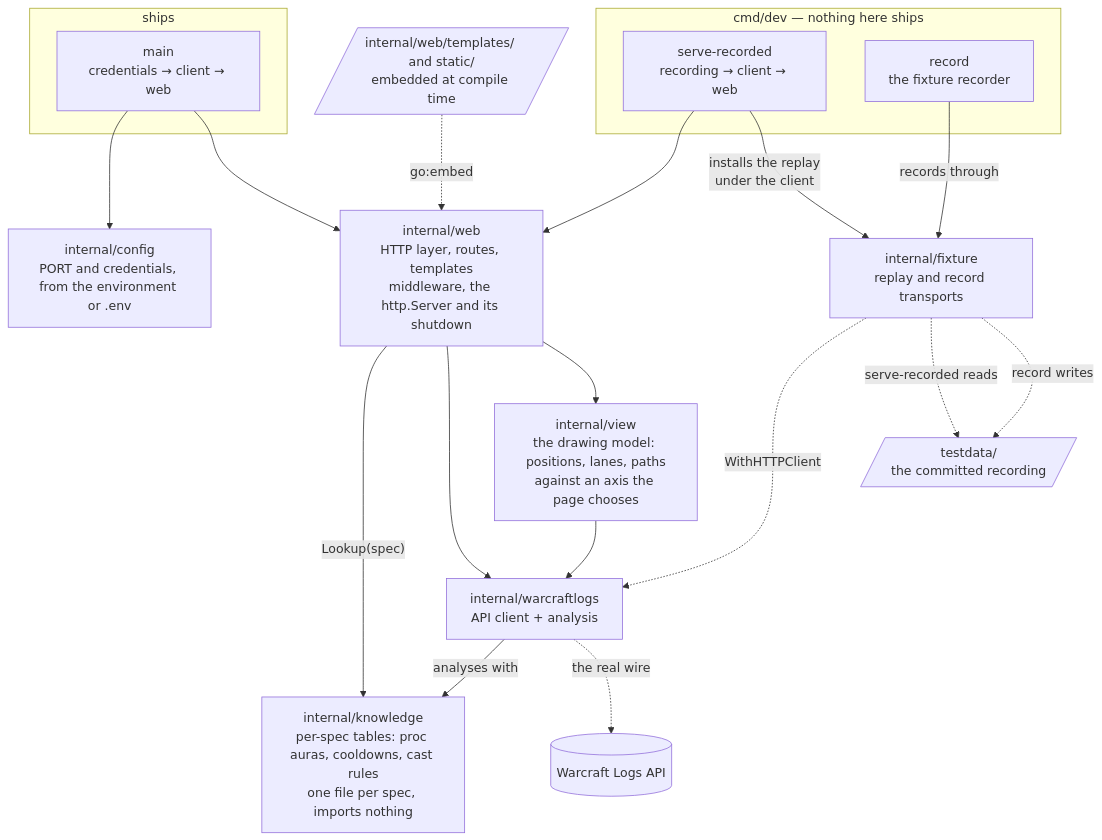
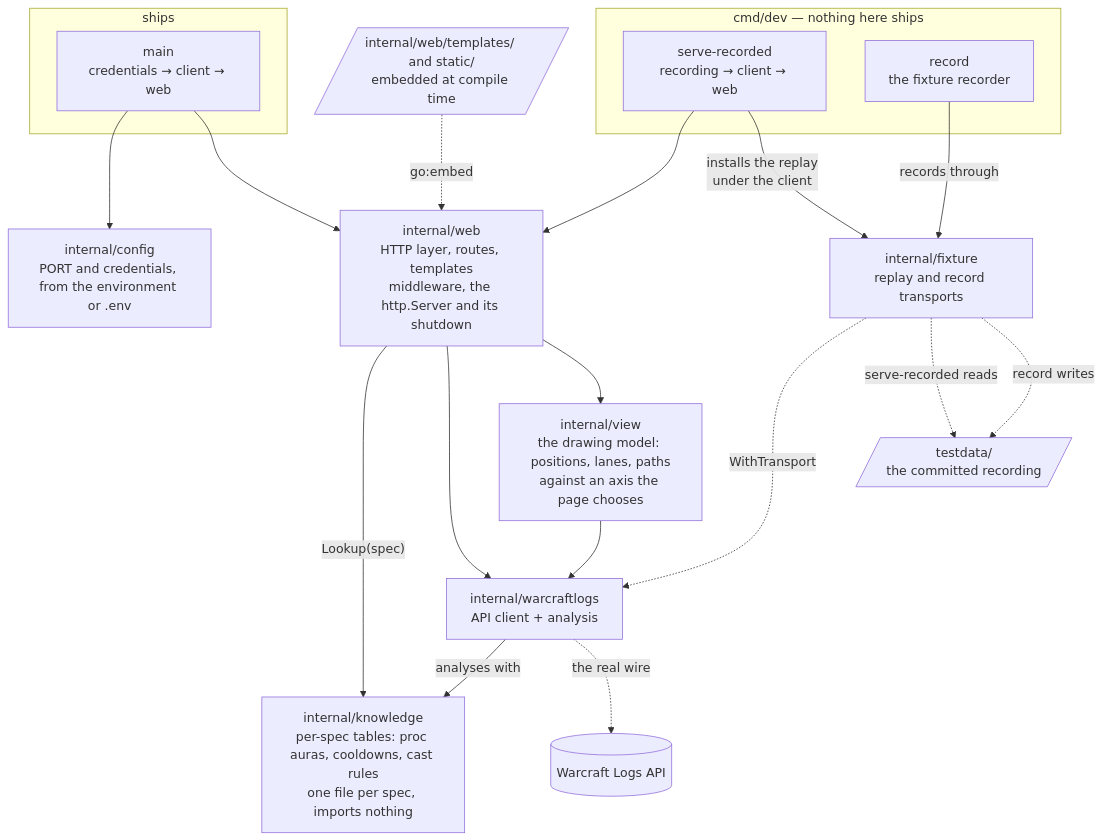
Before and after one commit to Gabriel2048/wow-insights: the second of 3 diagrams in ARCHITECTURE.md, drawn with Mermaid. The commit also changed other lines of this file and 66 other files, not shown here.

````diff
--- a/ARCHITECTURE.md
+++ b/ARCHITECTURE.md
@@ -56,45 +56,45 @@
 ```mermaid
 flowchart TB
     %% verified: package graph
     subgraph ships["ships"]
         main["main<br/>credentials → client → web"]
     end
     subgraph dev["cmd/dev — nothing here ships"]
         serve_recorded["serve-recorded<br/>recording → client → web"]
         record["record<br/>the fixture recorder"]
     end
     templates[/"internal/web/templates/ and static/<br/>embedded at compile time"/]
     web["internal/web<br/>HTTP layer, routes, templates<br/>middleware, the http.Server and its shutdown"]
     view["internal/view<br/>the drawing model: positions, lanes, paths<br/>against an axis the page chooses"]
     config["internal/config<br/>PORT and credentials, from the environment or .env"]
     fixture["internal/fixture<br/>replay and record transports"]
     warcraftlogs["internal/warcraftlogs<br/>API client + analysis"]
     knowledge["internal/knowledge<br/>per-spec tables: proc auras, cooldowns, cast rules<br/>one file per spec, imports nothing"]
     api[("Warcraft Logs API")]
     testdata[/"testdata/<br/>the committed recording"/]
 
     main --> config
     main --> web
     serve_recorded --> web
     serve_recorded -->|"installs the replay<br/>under the client"| fixture
     record -->|"records through"| fixture
     templates -.->|"go:embed"| web
     web -->|"Lookup(spec)"| knowledge
     web --> warcraftlogs
     web --> view
     view --> warcraftlogs
     warcraftlogs -->|"analyses with"| knowledge
     %% Every binary also builds the client (warcraftlogs.New) and reads its
     %% configuration. Real, verified, and not drawn: the labels say it and
     %% the lines would only cross what matters.
     %% main --> warcraftlogs
     %% serve_recorded --> warcraftlogs
     %% record --> warcraftlogs
     %% record --> knowledge
     %% serve_recorded --> config
     %% record --> config
-    fixture -.->|"WithHTTPClient"| warcraftlogs
+    fixture -.->|"WithTransport"| warcraftlogs
     fixture -.->|"serve-recorded reads"| testdata
     fixture -.->|"record writes"| testdata
     warcraftlogs -.->|"the real wire"| api
 ```
````
